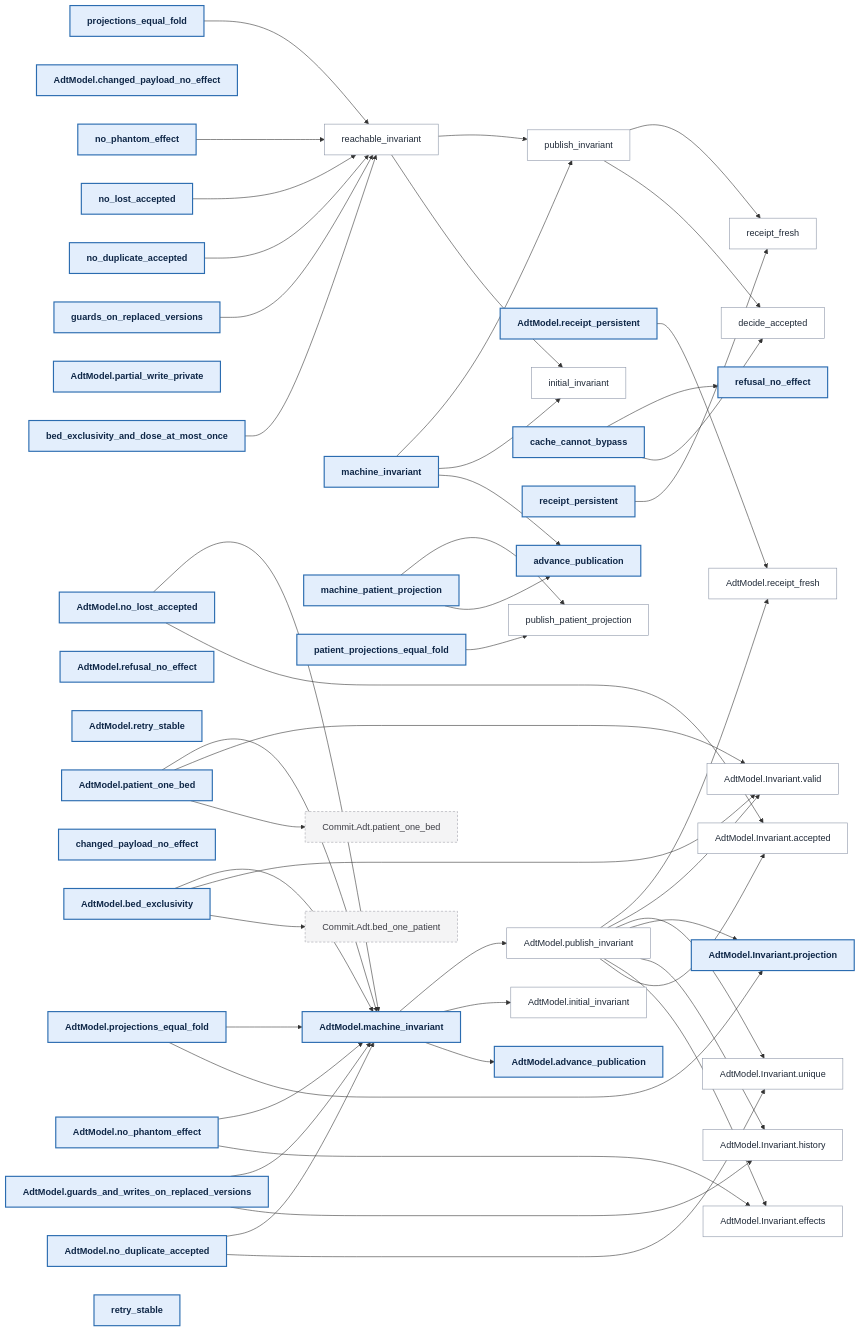
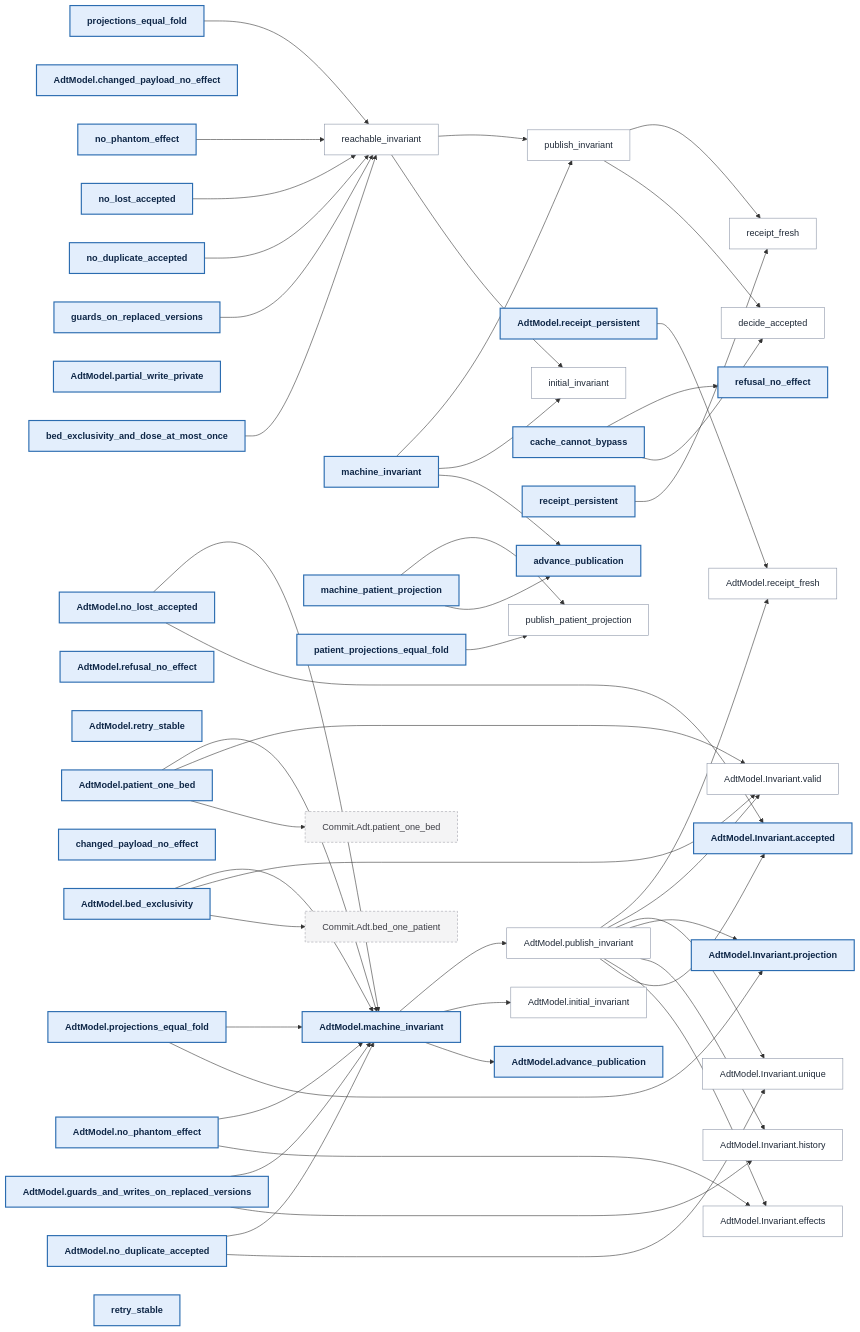
One commit to saithat/VGI-Health changed the seventh of 9 diagrams in docs/proof-map.md. Above: the diagram before and after it, drawn with Mermaid. The commit also changed other lines of this file and 3 other files, not shown here.

````diff
--- a/docs/proof-map.md
+++ b/docs/proof-map.md
@@ -745,38 +895,38 @@
 ```mermaid
 flowchart LR
-  n0["AdtModel.Invariant.projection"]:::head
-  n1["AdtModel.advance_publication"]:::head
-  n2["AdtModel.bed_exclusivity"]:::head
-  n3["AdtModel.changed_payload_no_effect"]:::head
-  n4["AdtModel.guards_and_writes_on_replaced_versions"]:::head
-  n5["AdtModel.machine_invariant"]:::head
-  n6["AdtModel.no_duplicate_accepted"]:::head
-  n7["AdtModel.no_lost_accepted"]:::head
-  n8["AdtModel.no_phantom_effect"]:::head
-  n9["AdtModel.partial_write_private"]:::head
-  n10["AdtModel.patient_one_bed"]:::head
-  n11["AdtModel.projections_equal_fold"]:::head
-  n12["AdtModel.receipt_persistent"]:::head
-  n13["AdtModel.refusal_no_effect"]:::head
-  n14["AdtModel.retry_stable"]:::head
-  n15["advance_publication"]:::head
-  n16["bed_exclusivity_and_dose_at_most_once"]:::head
-  n17["cache_cannot_bypass"]:::head
-  n18["changed_payload_no_effect"]:::head
-  n19["guards_on_replaced_versions"]:::head
-  n20["machine_invariant"]:::head
-  n21["machine_patient_projection"]:::head
-  n22["no_duplicate_accepted"]:::head
-  n23["no_lost_accepted"]:::head
-  n24["no_phantom_effect"]:::head
-  n25["patient_projections_equal_fold"]:::head
-  n26["projections_equal_fold"]:::head
-  n27["receipt_persistent"]:::head
-  n28["refusal_no_effect"]:::head
-  n29["retry_stable"]:::head
-  n30["Commit.Adt.bed_one_patient"]:::other
-  n31["Commit.Adt.patient_one_bed"]:::other
-  n32["AdtModel.Invariant.accepted"]:::lemma
+  n0["AdtModel.Invariant.accepted"]:::head
+  n1["AdtModel.Invariant.projection"]:::head
+  n2["AdtModel.advance_publication"]:::head
+  n3["AdtModel.bed_exclusivity"]:::head
+  n4["AdtModel.changed_payload_no_effect"]:::head
+  n5["AdtModel.guards_and_writes_on_replaced_versions"]:::head
+  n6["AdtModel.machine_invariant"]:::head
+  n7["AdtModel.no_duplicate_accepted"]:::head
+  n8["AdtModel.no_lost_accepted"]:::head
+  n9["AdtModel.no_phantom_effect"]:::head
+  n10["AdtModel.partial_write_private"]:::head
+  n11["AdtModel.patient_one_bed"]:::head
+  n12["AdtModel.projections_equal_fold"]:::head
+  n13["AdtModel.receipt_persistent"]:::head
+  n14["AdtModel.refusal_no_effect"]:::head
+  n15["AdtModel.retry_stable"]:::head
+  n16["advance_publication"]:::head
+  n17["bed_exclusivity_and_dose_at_most_once"]:::head
+  n18["cache_cannot_bypass"]:::head
+  n19["changed_payload_no_effect"]:::head
+  n20["guards_on_replaced_versions"]:::head
+  n21["machine_invariant"]:::head
+  n22["machine_patient_projection"]:::head
+  n23["no_duplicate_accepted"]:::head
+  n24["no_lost_accepted"]:::head
+  n25["no_phantom_effect"]:::head
+  n26["patient_projections_equal_fold"]:::head
+  n27["projections_equal_fold"]:::head
+  n28["receipt_persistent"]:::head
+  n29["refusal_no_effect"]:::head
+  n30["retry_stable"]:::head
+  n31["Commit.Adt.bed_one_patient"]:::other
+  n32["Commit.Adt.patient_one_bed"]:::other
   n33["AdtModel.Invariant.effects"]:::lemma
   n34["AdtModel.Invariant.history"]:::lemma
   n35["AdtModel.Invariant.unique"]:::lemma
@@ -790,45 +940,45 @@
   n43["publish_patient_projection"]:::lemma
   n44["reachable_invariant"]:::lemma
   n45["receipt_fresh"]:::lemma
-  n2 --> n30
-  n2 --> n36
-  n2 --> n5
-  n4 --> n34
-  n4 --> n5
-  n5 --> n1
-  n5 --> n37
-  n5 --> n38
-  n6 --> n35
-  n6 --> n5
-  n7 --> n32
-  n7 --> n5
-  n8 --> n33
-  n8 --> n5
-  n10 --> n31
-  n10 --> n36
-  n10 --> n5
-  n11 --> n0
-  n11 --> n5
-  n12 --> n39
-  n16 --> n44
-  n17 --> n40
-  n17 --> n28
-  n19 --> n44
-  n20 --> n15
-  n20 --> n41
-  n20 --> n42
-  n21 --> n15
-  n21 --> n43
-  n22 --> n44
+  n3 --> n31
+  n3 --> n36
+  n3 --> n6
+  n5 --> n34
+  n5 --> n6
+  n6 --> n2
+  n6 --> n37
+  n6 --> n38
+  n7 --> n35
+  n7 --> n6
+  n8 --> n0
+  n8 --> n6
+  n9 --> n33
+  n9 --> n6
+  n11 --> n32
+  n11 --> n36
+  n11 --> n6
+  n12 --> n1
+  n12 --> n6
+  n13 --> n39
+  n17 --> n44
+  n18 --> n40
+  n18 --> n29
+  n20 --> n44
+  n21 --> n16
+  n21 --> n41
+  n21 --> n42
+  n22 --> n16
+  n22 --> n43
   n23 --> n44
   n24 --> n44
-  n25 --> n43
-  n26 --> n44
-  n27 --> n45
-  n38 --> n32
+  n25 --> n44
+  n26 --> n43
+  n27 --> n44
+  n28 --> n45
+  n38 --> n0
   n38 --> n33
   n38 --> n34
-  n38 --> n0
+  n38 --> n1
   n38 --> n35
   n38 --> n36
   n38 --> n39
````
